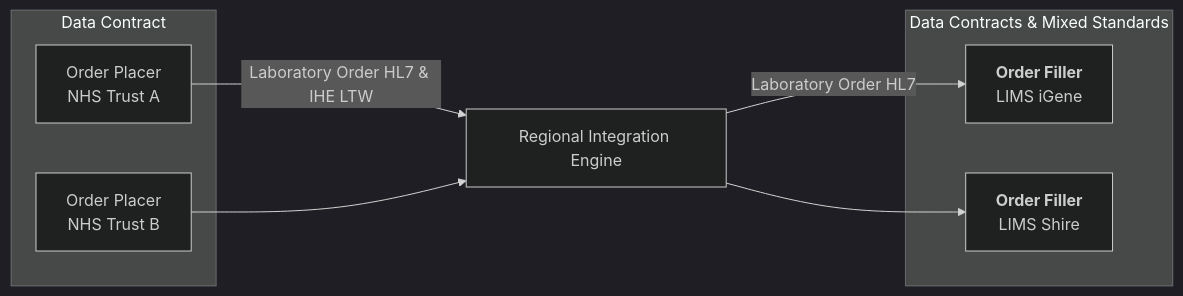
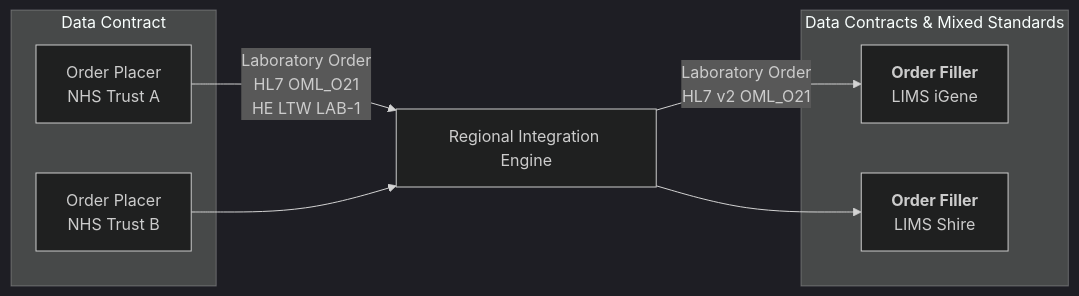
Before and after one commit to uk-gov-mirror/nw-gmsa.nw-gmsa.github.com: the third of 4 diagrams in input/pagecontent/index.md, drawn with Mermaid (dark theme). The commit also changed other lines of this file, not shown here.

Commit message:
Added lab order diagram

````diff
--- a/input/pagecontent/index.md
+++ b/input/pagecontent/index.md
@@ -47,18 +47,18 @@
 ```mermaid
 graph LR
   
     RIE[Regional Integration Engine]
-    NHSA --> |Laboratory Order HL7 & IHE LTW| RIE
+    NHSA --> |Laboratory Order<br/>HL7 OML_O21<br/>HE LTW LAB-1| RIE
     NHSB --> RIE
-    RIE --> |Laboratory Order HL7| LIMSA
+    RIE --> |Laboratory Order<br/>HL7 v2 OML_O21| LIMSA
     RIE --> LIMSB
 
     subgraph DataContracts[Data Contract]
         NHSA[Order Placer<br/>NHS Trust A]
         NHSB[Order Placer<br/>NHS Trust B] 
     end 
       subgraph Multiple[Data Contracts & Mixed Standards]
         LIMSA[<b>Order Filler</b><br>LIMS iGene]
         LIMSB[<b>Order Filler</b><br>LIMS Shire]
     end
 ```
````
